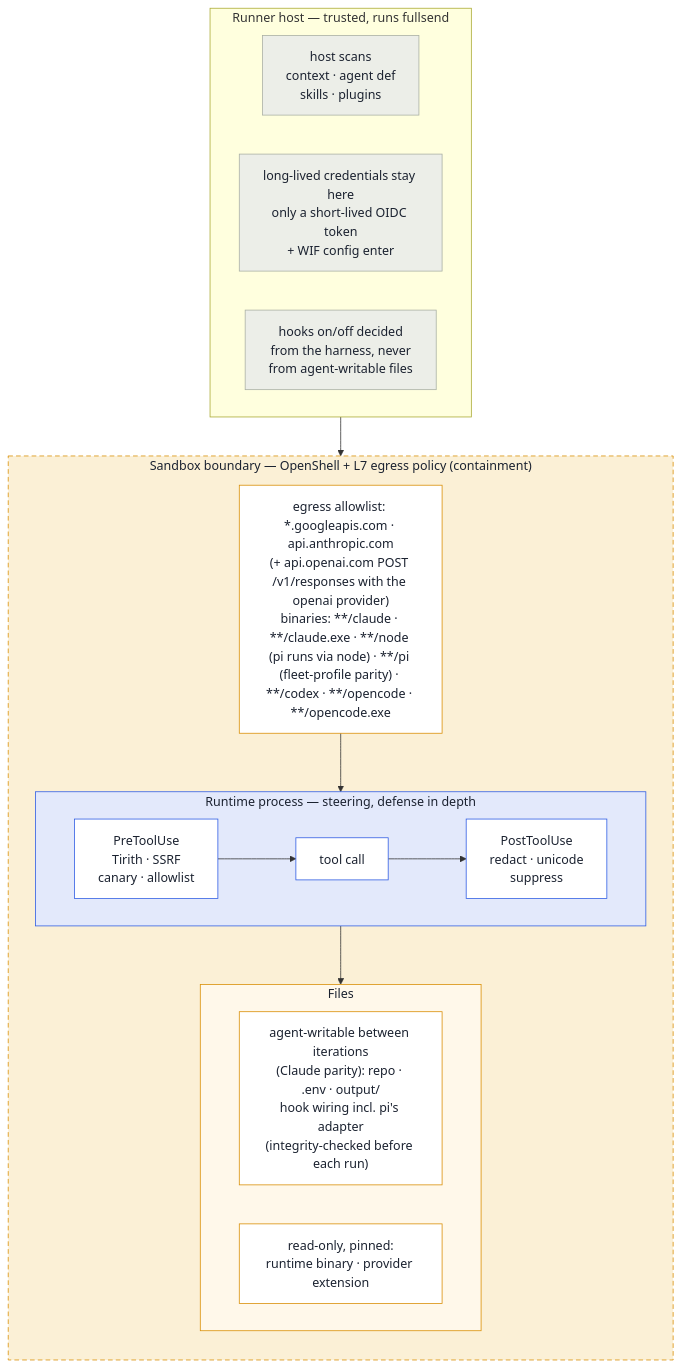
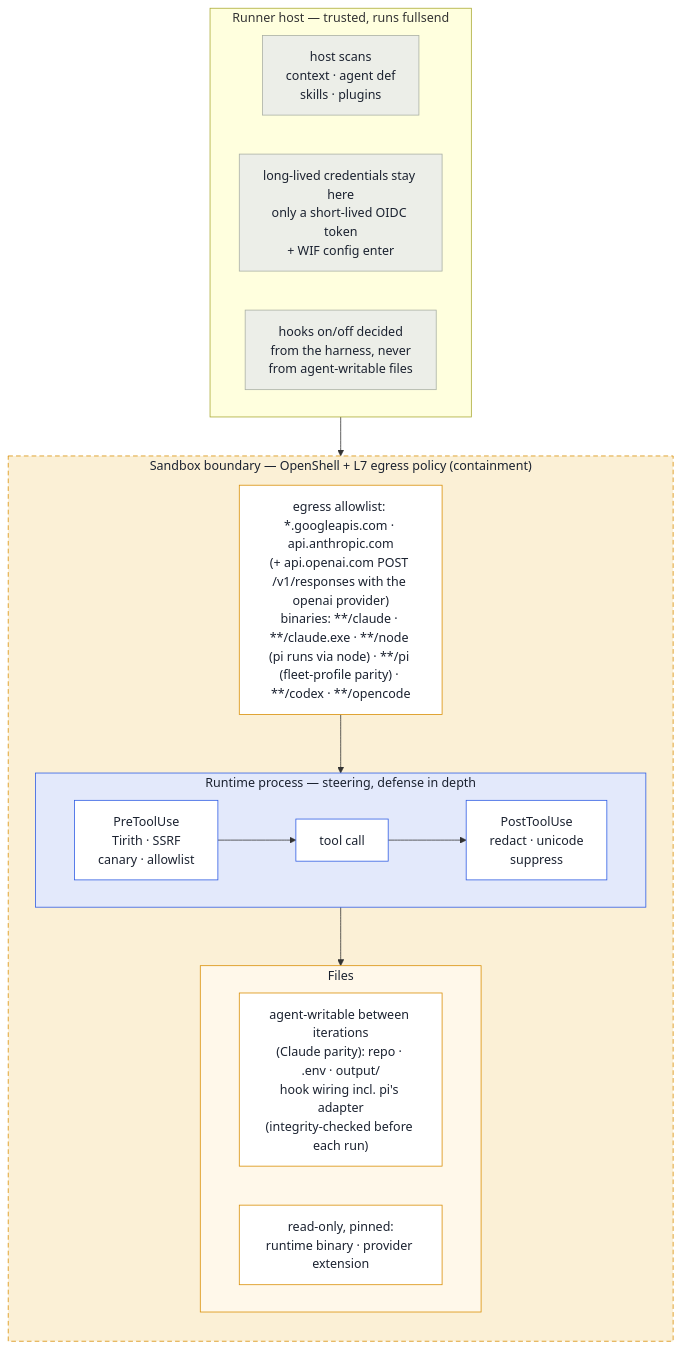
Before and after one commit to fullsend-ai/fullsend: the first of 3 diagrams in docs/contributing/runtime-implementation.md, drawn with Mermaid. The commit also changed other lines of this file and 5 other files, not shown here.

````diff
--- a/docs/contributing/runtime-implementation.md
+++ b/docs/contributing/runtime-implementation.md
@@ -107,36 +107,36 @@
 ```mermaid
 flowchart TB
   subgraph HOST["Runner host — trusted, runs fullsend"]
     direction LR
     SCAN["host scans\ncontext · agent def\nskills · plugins"]
     CRED["long-lived credentials stay here\nonly a short-lived OIDC token\n+ WIF config enter"]
     SIG["hooks on/off decided\nfrom the harness, never\nfrom agent-writable files"]
   end
   subgraph SB["Sandbox boundary — OpenShell + L7 egress policy (containment)"]
     direction TB
-    EG["egress allowlist: *.googleapis.com · api.anthropic.com\n(+ api.openai.com POST /v1/responses with the openai provider)\nbinaries: **/claude · **/claude.exe · **/node (pi runs via node) · **/pi (fleet-profile parity) · **/codex · **/opencode · **/opencode.exe"]
+    EG["egress allowlist: *.googleapis.com · api.anthropic.com\n(+ api.openai.com POST /v1/responses with the openai provider)\nbinaries: **/claude · **/claude.exe · **/node (pi runs via node) · **/pi (fleet-profile parity) · **/codex · **/opencode"]
     subgraph PROC["Runtime process — steering, defense in depth"]
       direction LR
       PRE["PreToolUse\nTirith · SSRF\ncanary · allowlist"]
       TOOL["tool call"]
       POST["PostToolUse\nredact · unicode\nsuppress"]
       PRE --> TOOL --> POST
     end
     subgraph FS["Files"]
       direction LR
       WR["agent-writable between iterations\n(Claude parity): repo · .env · output/\nhook wiring incl. pi's adapter\n(integrity-checked before each run)"]
       RO["read-only, pinned:\nruntime binary · provider extension"]
     end
     EG --> PROC --> FS
   end
   HOST --> SB
   style SB fill:#fbf0d6,stroke:#d98e04,stroke-dasharray:6 4,color:#1b2230
   style PROC fill:#e3e9fb,stroke:#2d5be3,color:#1b2230
   style FS fill:#fff8ea,stroke:#d98e04,color:#1b2230
   classDef boundary fill:#fff,stroke:#d98e04,color:#1b2230;
   classDef steer fill:#fff,stroke:#2d5be3,color:#1b2230;
   classDef host fill:#eceee8,stroke:#a9afa4,color:#1b2230;
   class EG,WR,RO boundary;
   class PRE,TOOL,POST steer;
   class SCAN,CRED,SIG host;
 ```
````
